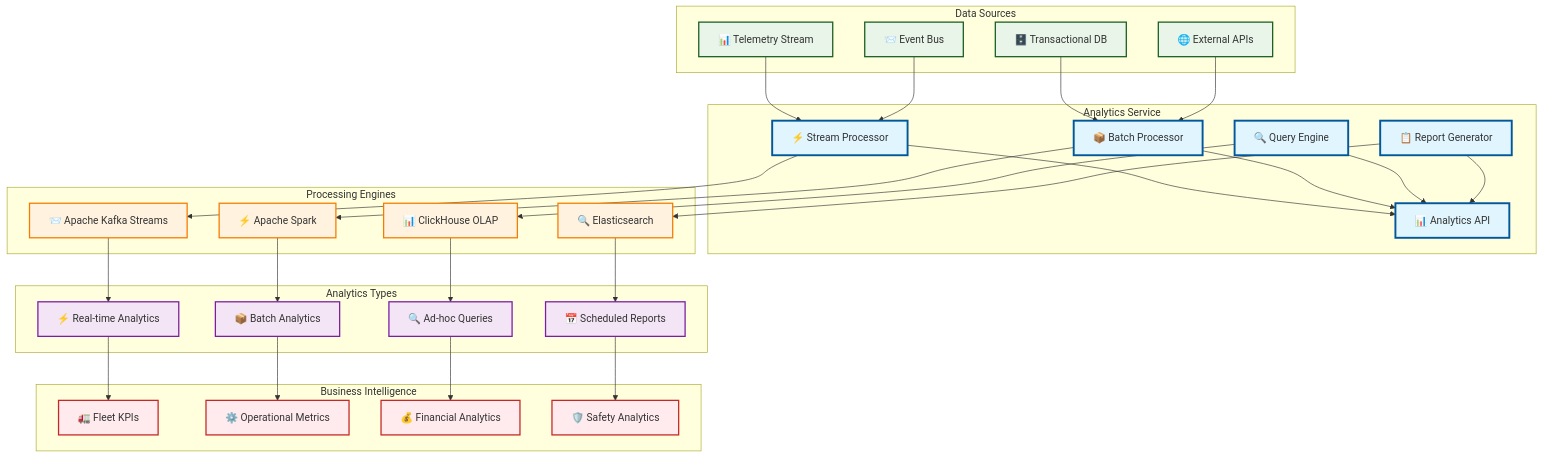
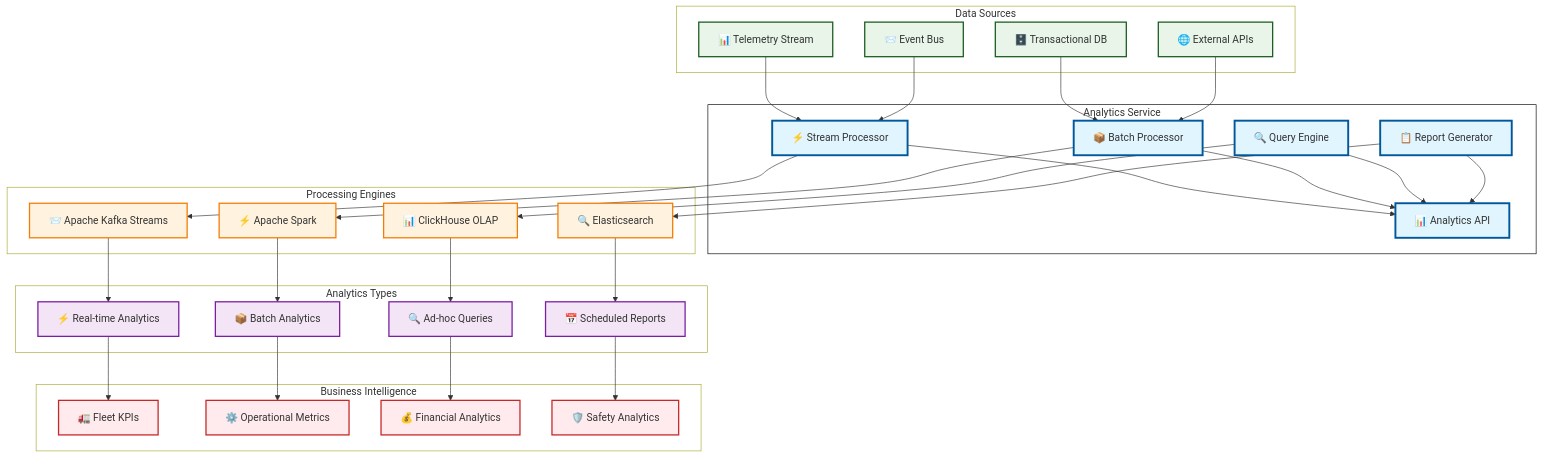
The first of 3 diagrams in services/analytics-service/README.md (suprachakra/AtlasMesh-Fleet-OS), drawn with Mermaid before and after one commit. The commit also changed other lines of this file, not shown here.

````diff
--- a/services/analytics-service/README.md
+++ b/services/analytics-service/README.md
@@ -8,75 +8,81 @@
 ```mermaid
 graph TB
     subgraph "Data Sources"
         TelemetryStream[📊 Telemetry Stream]
         EventBus[📨 Event Bus]
         TransactionalDB[🗄️ Transactional DB]
         ExternalAPIs[🌐 External APIs]
     end
     
     subgraph "Analytics Service"
         StreamProcessor[⚡ Stream Processor]
         BatchProcessor[📦 Batch Processor]
         QueryEngine[🔍 Query Engine]
         ReportGenerator[📋 Report Generator]
         AnalyticsAPI[📊 Analytics API]
     end
     
     subgraph "Processing Engines"
         ApacheSpark[⚡ Apache Spark]
         ApacheKafka[📨 Apache Kafka Streams]
         ClickHouse[📊 ClickHouse OLAP]
         ElasticSearch[🔍 Elasticsearch]
     end
     
     subgraph "Analytics Types"
         RealTimeAnalytics[⚡ Real-time Analytics]
         BatchAnalytics[📦 Batch Analytics]
         AdHocQueries[🔍 Ad-hoc Queries]
         ScheduledReports[📅 Scheduled Reports]
     end
     
     subgraph "Business Intelligence"
         FleetKPIs[🚛 Fleet KPIs]
         OperationalMetrics[⚙️ Operational Metrics]
         FinancialAnalytics[💰 Financial Analytics]
         SafetyAnalytics[🛡️ Safety Analytics]
     end
     
     TelemetryStream --> StreamProcessor
     EventBus --> StreamProcessor
     TransactionalDB --> BatchProcessor
     ExternalAPIs --> BatchProcessor
     
     StreamProcessor --> ApacheKafka
     BatchProcessor --> ApacheSpark
     QueryEngine --> ClickHouse
     ReportGenerator --> ElasticSearch
     
     ApacheKafka --> RealTimeAnalytics
     ApacheSpark --> BatchAnalytics
     ClickHouse --> AdHocQueries
     ElasticSearch --> ScheduledReports
     
     RealTimeAnalytics --> FleetKPIs
     BatchAnalytics --> OperationalMetrics
     AdHocQueries --> FinancialAnalytics
     ScheduledReports --> SafetyAnalytics
     
     StreamProcessor --> AnalyticsAPI
     BatchProcessor --> AnalyticsAPI
     QueryEngine --> AnalyticsAPI
     ReportGenerator --> AnalyticsAPI
     
     classDef data fill:#e8f5e8,stroke:#1b5e20,stroke-width:2px
     classDef analytics fill:#e1f5fe,stroke:#01579b,stroke-width:3px
     classDef engine fill:#fff3e0,stroke:#f57c00,stroke-width:2px
     classDef type fill:#f3e5f5,stroke:#7b1fa2,stroke-width:2px
     classDef business fill:#ffebee,stroke:#c62828,stroke-width:2px
     
     class TelemetryStream,EventBus,TransactionalDB,ExternalAPIs data
     class StreamProcessor,BatchProcessor,QueryEngine,ReportGenerator,AnalyticsAPI analytics
     class ApacheSpark,ApacheKafka,ClickHouse,ElasticSearch engine
     class RealTimeAnalytics,BatchAnalytics,AdHocQueries,ScheduledReports type
     class FleetKPIs,OperationalMetrics,FinancialAnalytics,SafetyAnalytics business
+
+    style subGraph0 fill:transparent
+    style subGraph1 stroke:#000000,fill:transparent
+    style subGraph2 fill:transparent
+    style subGraph3 fill:transparent
+    style subGraph4 fill:transparent
 ```
````
